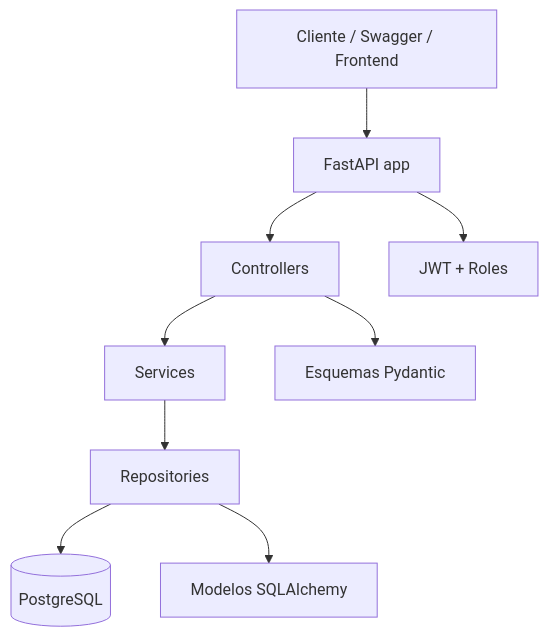
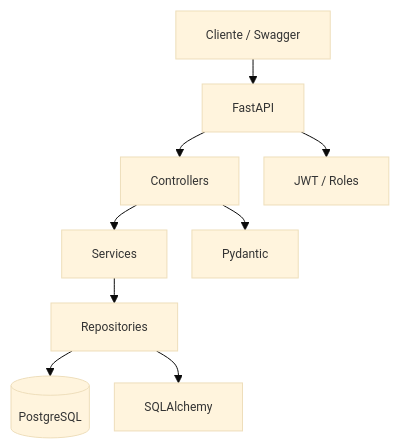
Before and after one commit to AndresEncalada/sistema-reserva-hoteles: the first of 4 diagrams in INFORME.md, drawn with Mermaid. The commit also changed other lines of this file, not shown here.

Commit message:
docs: compact diagrams for A4 export

````diff
--- a/INFORME.md
+++ b/INFORME.md
@@ -180,11 +180,12 @@
 ```mermaid
+%%{init: {"theme": "base", "themeVariables": {"fontSize": "12px"}, "flowchart": {"nodeSpacing": 25, "rankSpacing": 25}}}%%
 flowchart TD
-    Client[Cliente / Swagger / Frontend] --> API[FastAPI app]
+    Client[Cliente / Swagger] --> API[FastAPI]
     API --> Controllers[Controllers]
     Controllers --> Services[Services]
-    Services --> Repositories[Repositories]
-    Repositories --> DB[(PostgreSQL)]
-    Controllers --> Schemas[Esquemas Pydantic]
-    Repositories --> Models[Modelos SQLAlchemy]
-    API --> Security[JWT + Roles]
+    Services --> Repos[Repositories]
+    Repos --> DB[(PostgreSQL)]
+    Controllers --> Schemas[Pydantic]
+    Repos --> Models[SQLAlchemy]
+    API --> Security[JWT / Roles]
 ```
````
